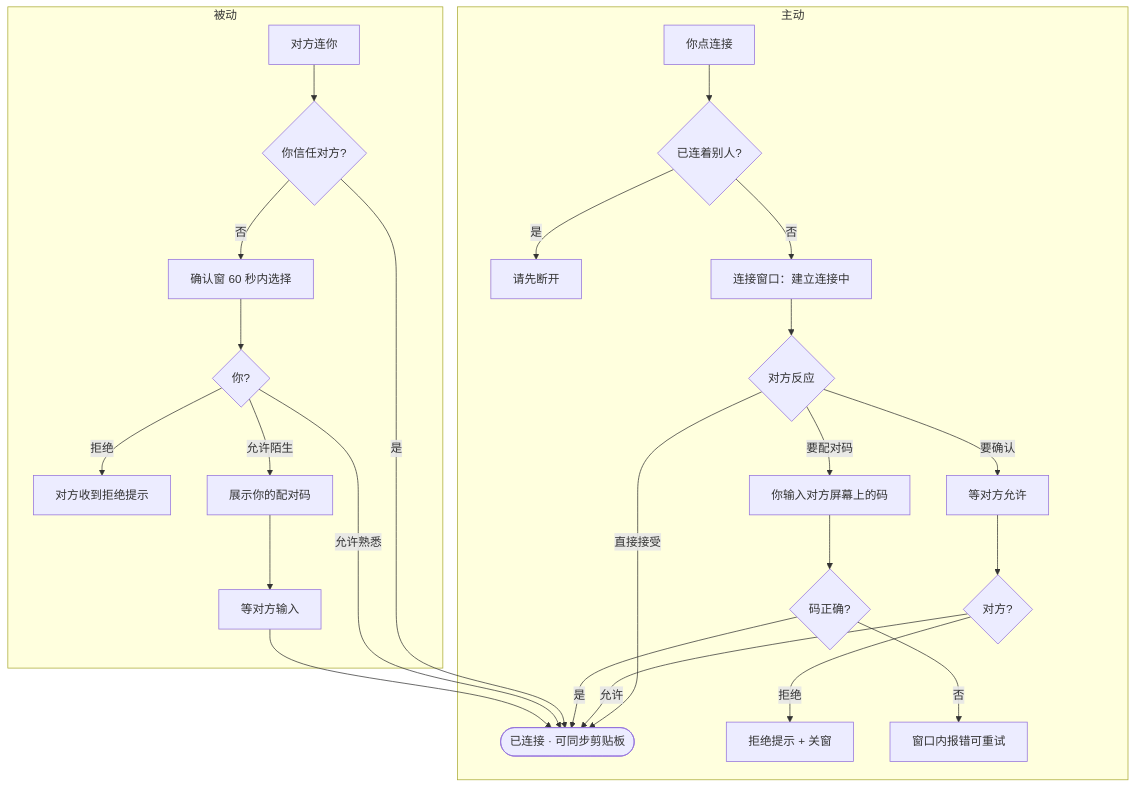
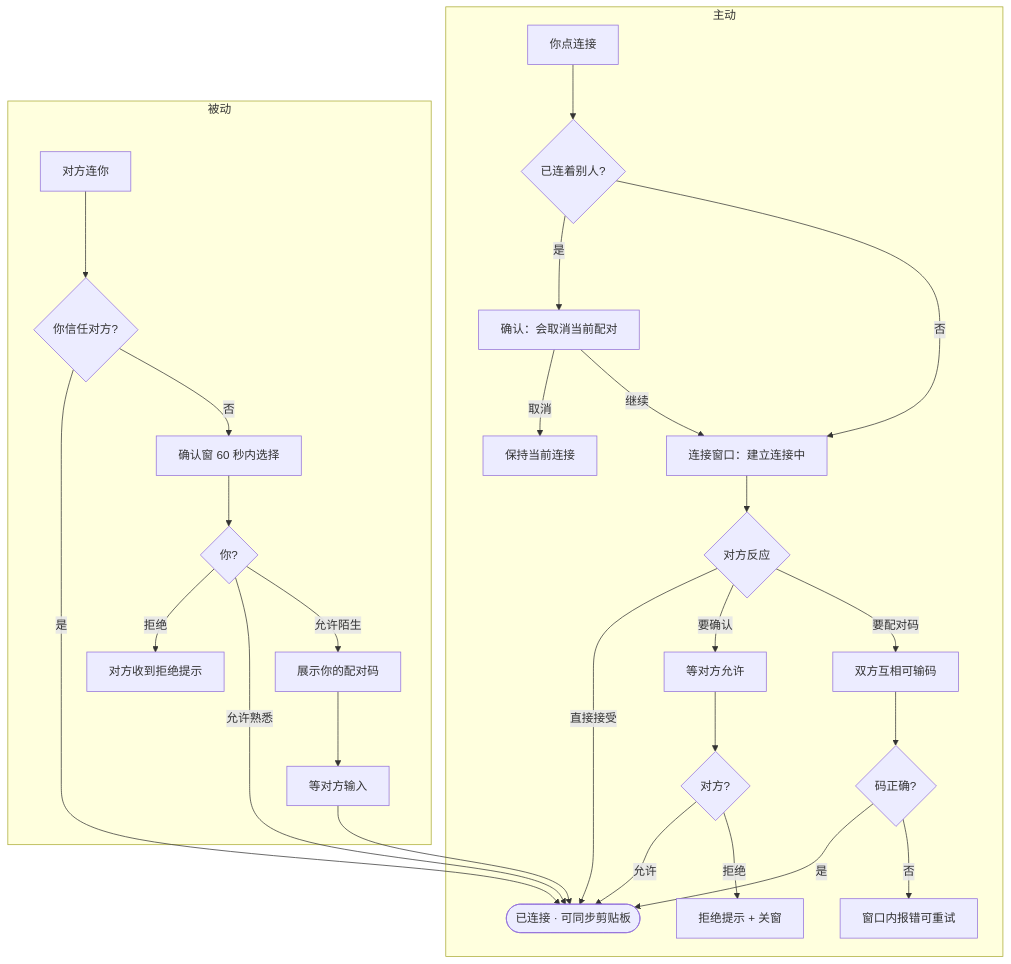
The fifth of 5 diagrams in CONNECTION.md (planarcat/planarclip), drawn with Mermaid before and after one commit. The commit also changed other lines of this file and 7 other files, not shown here.

````diff
--- a/CONNECTION.md
+++ b/CONNECTION.md
@@ -443,32 +441,34 @@
 ```mermaid
 flowchart TB
   subgraph 主动
     A1[你点连接] --> A2{已连着别人?}
-    A2 -->|是| AX[请先断开]
+    A2 -->|是| A2c[确认：会取消当前配对]
+    A2c -->|取消| A2x[保持当前连接]
+    A2c -->|继续| A3
     A2 -->|否| A3[连接窗口：建立连接中]
     A3 --> A4{对方反应}
     A4 -->|直接接受| OK
     A4 -->|要确认| A5[等对方允许]
-    A4 -->|要配对码| A6[你输入对方屏幕上的码]
+    A4 -->|要配对码| A6[双方互相可输码]
     A5 --> A4b{对方?}
     A4b -->|允许| OK
     A4b -->|拒绝| FAIL1[拒绝提示 + 关窗]
     A6 --> A7{码正确?}
     A7 -->|是| OK
     A7 -->|否| A8[窗口内报错可重试]
   end
 
   subgraph 被动
     B1[对方连你] --> B2{你信任对方?}
     B2 -->|是| OK
     B2 -->|否| B3[确认窗 60 秒内选择]
     B3 --> B4{你?}
     B4 -->|拒绝| FAIL2[对方收到拒绝提示]
     B4 -->|允许熟悉| OK
     B4 -->|允许陌生| B5[展示你的配对码]
     B5 --> B6[等对方输入]
     B6 --> OK
   end
 
   OK([已连接 · 可同步剪贴板])
 ```
````
